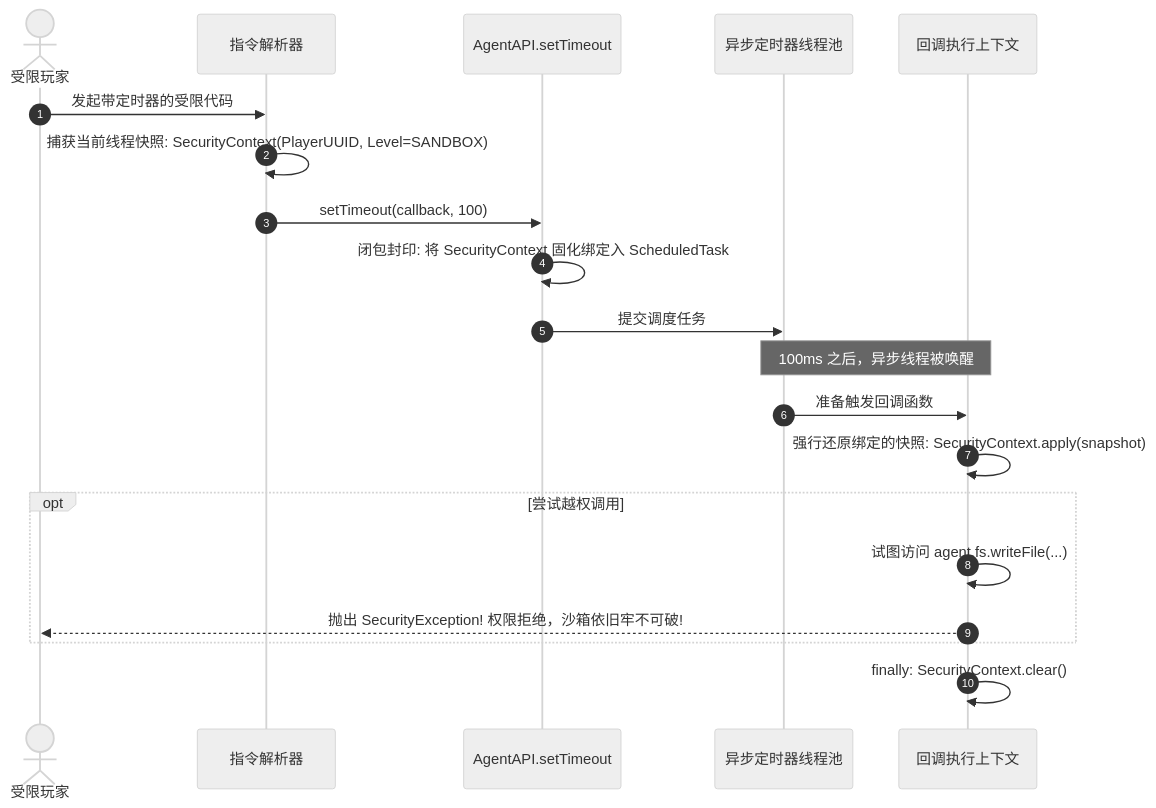
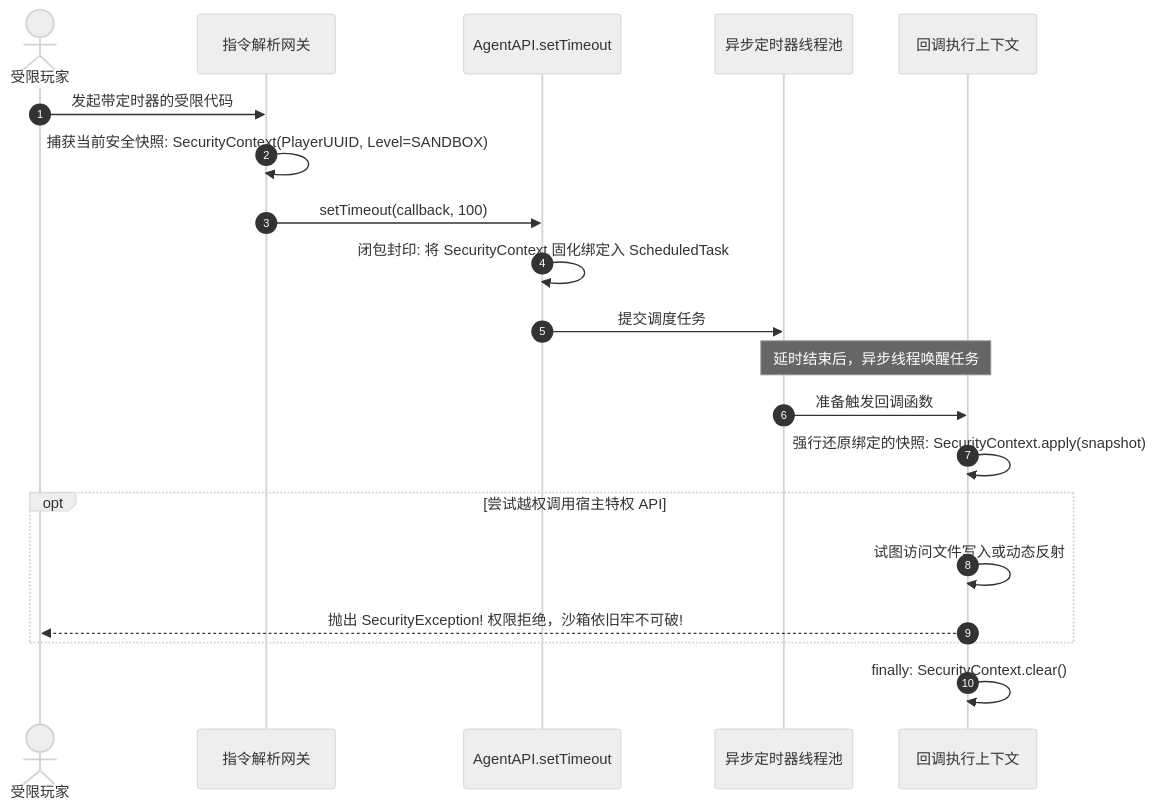
The diagram in docs/new_base/Module-Security-Specification.md (nooooocato/graal-agent), drawn with Mermaid (neutral theme) before and after one commit. The commit also changed other lines of this file and 16 other files, not shown here.

````diff
--- a/docs/new_base/Module-Security-Specification.md
+++ b/docs/new_base/Module-Security-Specification.md
@@ -32,25 +32,25 @@
 ```mermaid
 sequenceDiagram
     autonumber
     actor Player as 受限玩家
-    participant Cmd as 指令解析器
+    participant Cmd as 指令解析网关
     participant Agent as AgentAPI.setTimeout
     participant Pool as 异步定时器线程池
     participant Exec as 回调执行上下文
 
     Player->>Cmd: 发起带定时器的受限代码
-    Cmd->>Cmd: 捕获当前线程快照: SecurityContext(PlayerUUID, Level=SANDBOX)
+    Cmd->>Cmd: 捕获当前安全快照: SecurityContext(PlayerUUID, Level=SANDBOX)
     Cmd->>Agent: setTimeout(callback, 100)
     Agent->>Agent: 闭包封印: 将 SecurityContext 固化绑定入 ScheduledTask
     Agent->>Pool: 提交调度任务
 
-    Note over Pool,Exec: 100ms 之后，异步线程被唤醒
+    Note over Pool,Exec: 延时结束后，异步线程唤醒任务
     Pool->>Exec: 准备触发回调函数
     Exec->>Exec: 强行还原绑定的快照: SecurityContext.apply(snapshot)
     
-    opt 尝试越权调用
-        Exec->>Exec: 试图访问 agent.fs.writeFile(...)
+    opt 尝试越权调用宿主特权 API
+        Exec->>Exec: 试图访问文件写入或动态反射
         Exec-->>Player: 抛出 SecurityException! 权限拒绝，沙箱依旧牢不可破!
     end
     Exec->>Exec: finally: SecurityContext.clear()
 ```
````
